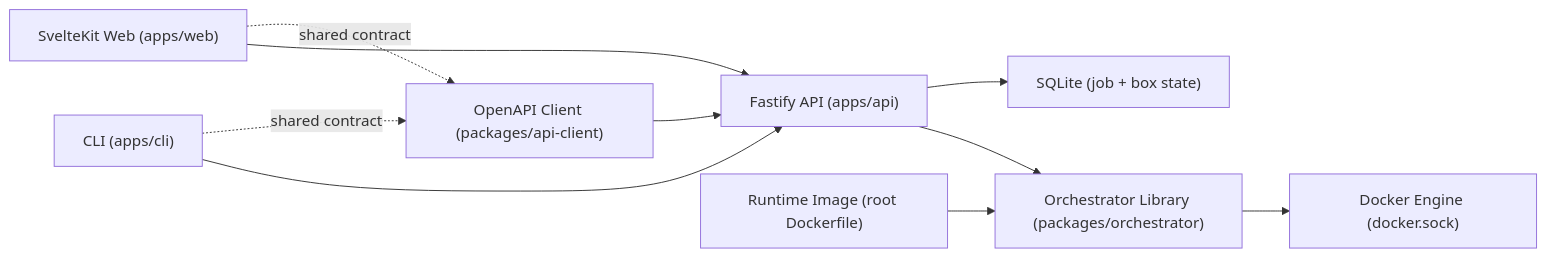
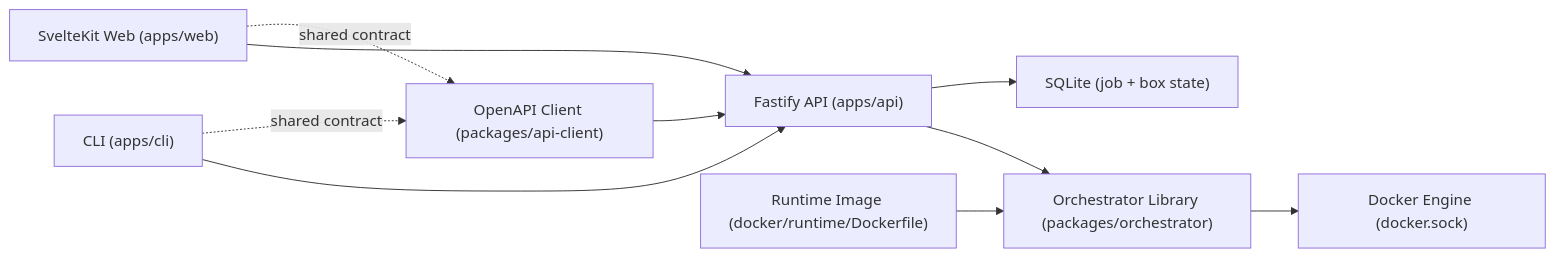
Before and after one commit to koonweee/devcontainer: the diagram in ARCHITECTURE.md, drawn with Mermaid. The commit also changed other lines of this file and 7 other files, not shown here.

Commit message:
Relocate runtime Dockerfile under docker/runtime

````diff
--- a/ARCHITECTURE.md
+++ b/ARCHITECTURE.md
@@ -5,12 +5,12 @@
 ```mermaid
 flowchart LR
   CLI["CLI (apps/cli)"] --> API["Fastify API (apps/api)"]
   WEB["SvelteKit Web (apps/web)"] --> API
   API --> ORCH["Orchestrator Library (packages/orchestrator)"]
-  IMG["Runtime Image (root Dockerfile)"] --> ORCH
+  IMG["Runtime Image (docker/runtime/Dockerfile)"] --> ORCH
   ORCH --> DOCKER["Docker Engine (docker.sock)"]
   API --> SQLITE["SQLite (job + box state)"]
   WEB -. shared contract .-> CLIENT["OpenAPI Client (packages/api-client)"]
   CLI -. shared contract .-> CLIENT
   CLIENT --> API
 ```
````
